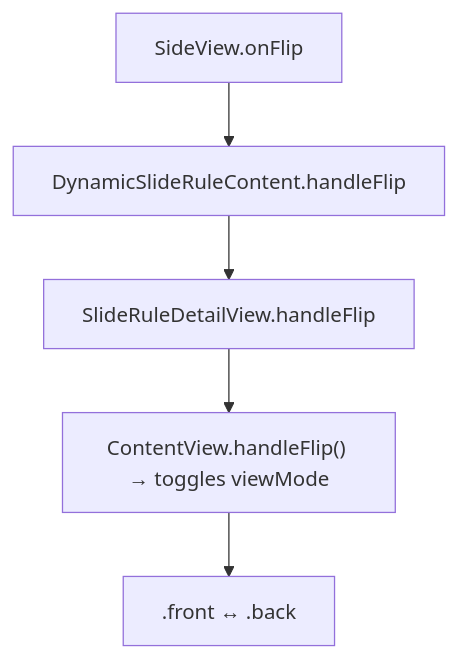
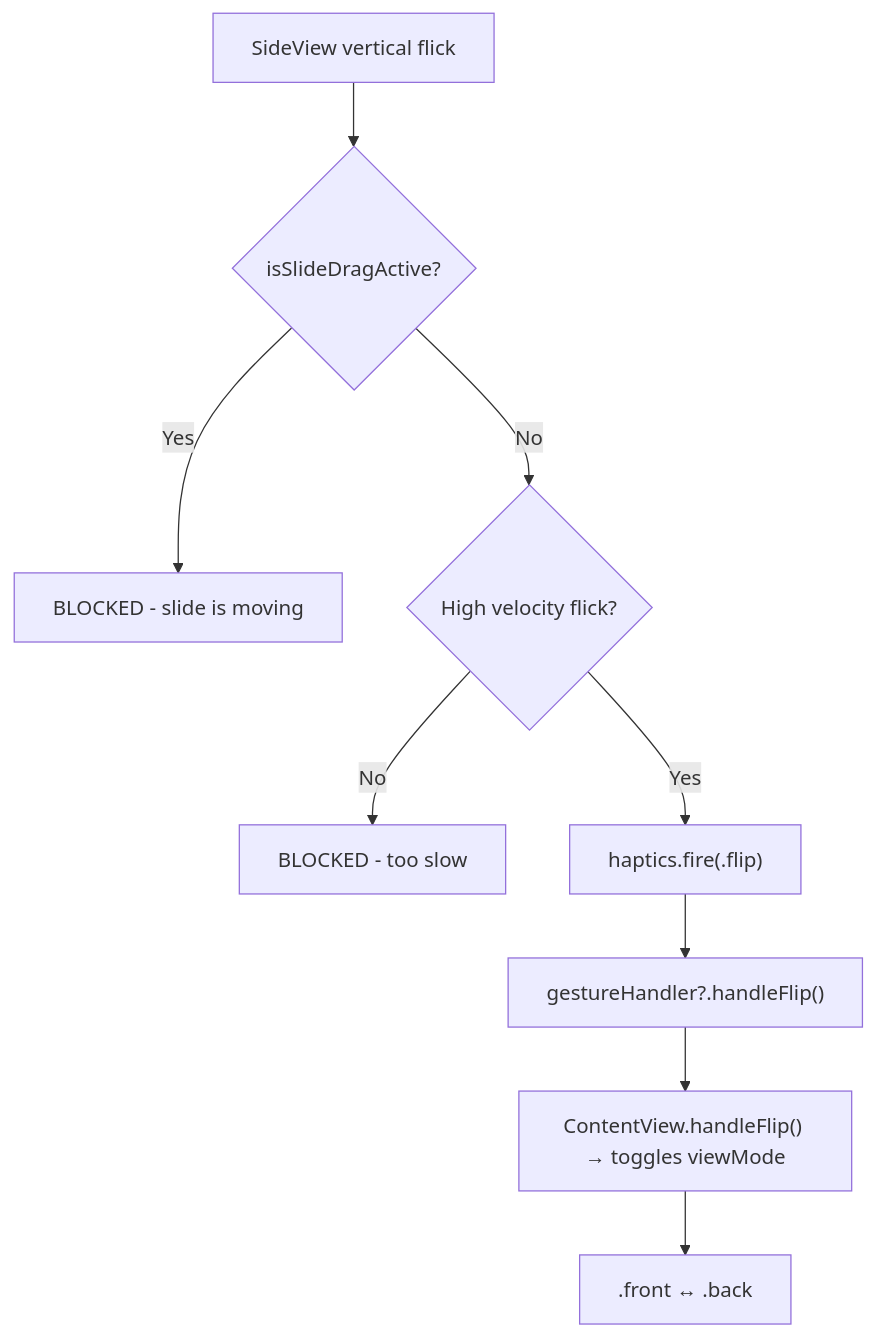
The eighth of 11 diagrams in swift-docs/navigation-gestures-haptics-implementation.md (adamhill/TheElectricSlideV3), drawn with Mermaid before and after one commit. The commit also changed other lines of this file and 11 other files, not shown here.

````diff
--- a/swift-docs/navigation-gestures-haptics-implementation.md
+++ b/swift-docs/navigation-gestures-haptics-implementation.md
@@ -763,7 +828,11 @@
 ```mermaid
 flowchart TD
-    A[SideView.onFlip] --> B[DynamicSlideRuleContent.handleFlip]
-    B --> C[SlideRuleDetailView.handleFlip]
-    C --> D["ContentView.handleFlip() → toggles viewMode"]
-    D --> E[".front ↔ .back"]
+    A[SideView vertical flick] --> B{isSlideDragActive?}
+    B -->|Yes| C[BLOCKED - slide is moving]
+    B -->|No| D{High velocity flick?}
+    D -->|No| E[BLOCKED - too slow]
+    D -->|Yes| F["haptics.fire(.flip)"]
+    F --> G["gestureHandler?.handleFlip()"]
+    G --> H["ContentView.handleFlip() → toggles viewMode"]
+    H --> I[".front ↔ .back"]
 ```
````
